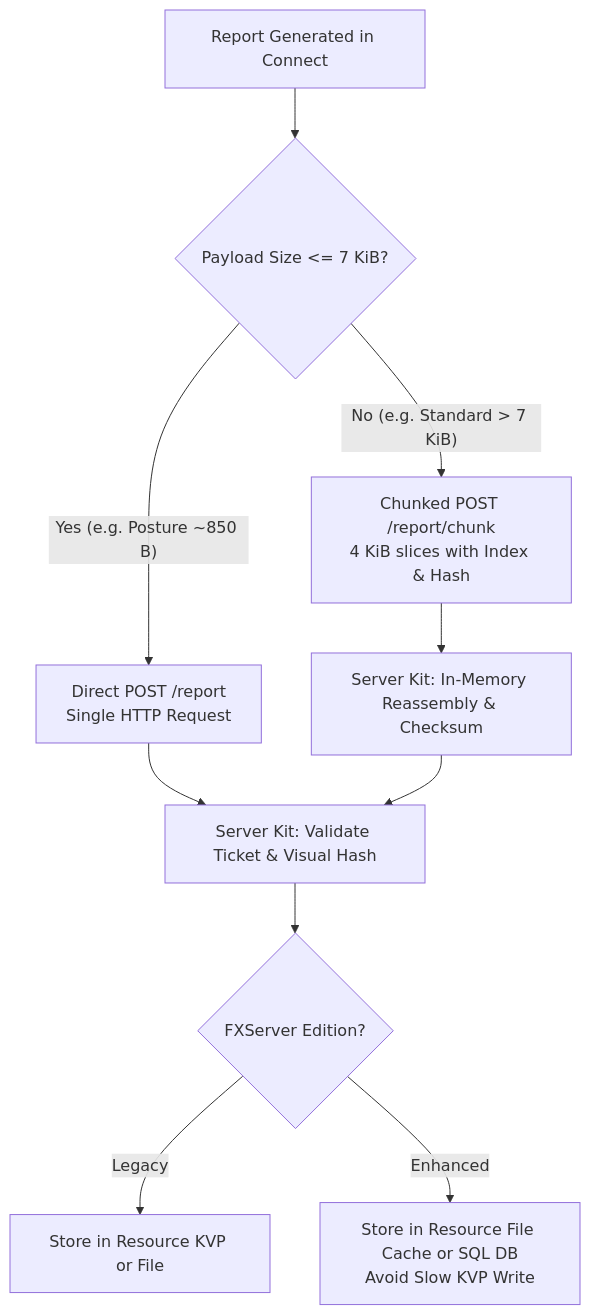
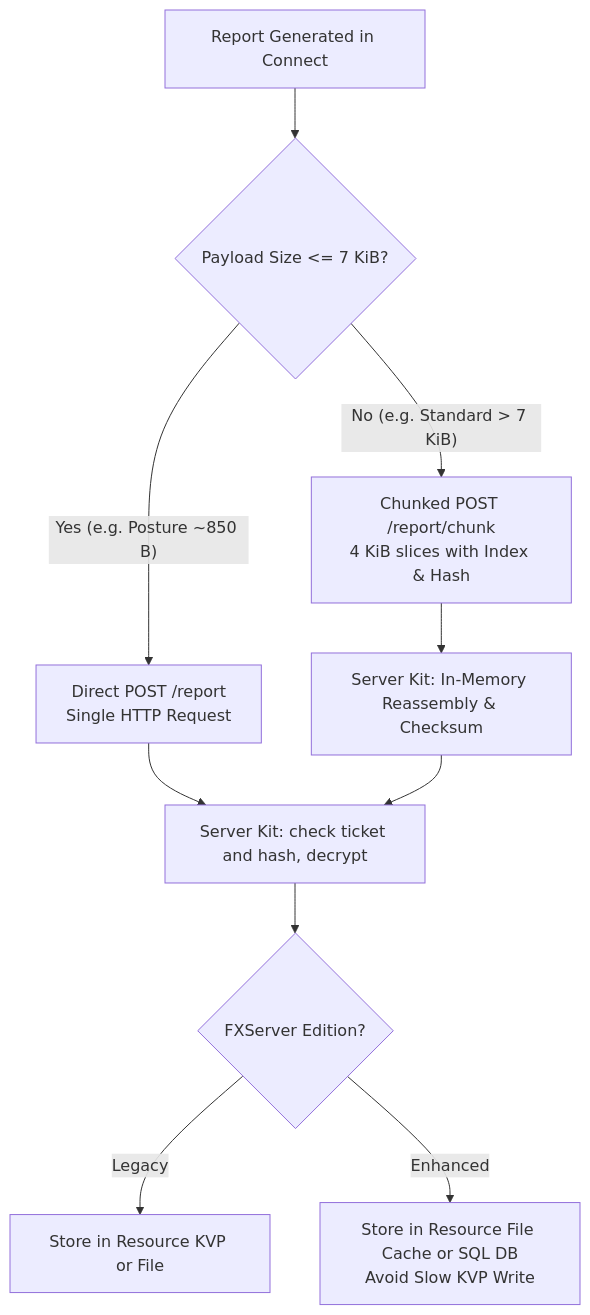
Before and after one commit to aeterna/aeterna-rongroi: the diagram in docs/adr/0089-rongroi-product-line-and-schema-2.md, drawn with Mermaid. The commit also changed other lines of this file, not shown here.

First line of the commit message:
docs(adr): 0089 ticket states, status codes and two upload paths after review

````diff
--- a/docs/adr/0089-rongroi-product-line-and-schema-2.md
+++ b/docs/adr/0089-rongroi-product-line-and-schema-2.md
@@ -166,13 +171,13 @@
 ```mermaid
 flowchart TD
     Report[Report Generated in Connect] --> CheckSize{Payload Size <= 7 KiB?}
     CheckSize -- Yes (e.g. Posture ~850 B) --> DirectPost[Direct POST /report<br>Single HTTP Request]
     CheckSize -- No (e.g. Standard > 7 KiB) --> ChunkedPost[Chunked POST /report/chunk<br>4 KiB slices with Index & Hash]
     
-    DirectPost --> ServerVerify[Server Kit: Validate Ticket & Visual Hash]
+    DirectPost --> ServerVerify[Server Kit: check ticket and hash, decrypt]
     ChunkedPost --> Reassemble[Server Kit: In-Memory Reassembly & Checksum]
     Reassemble --> ServerVerify
     ServerVerify --> StorageDecision{FXServer Edition?}
     StorageDecision -- Legacy --> StoreKVP[Store in Resource KVP or File]
     StorageDecision -- Enhanced --> StoreFile[Store in Resource File Cache or SQL DB<br>Avoid Slow KVP Write]
 ```
````
